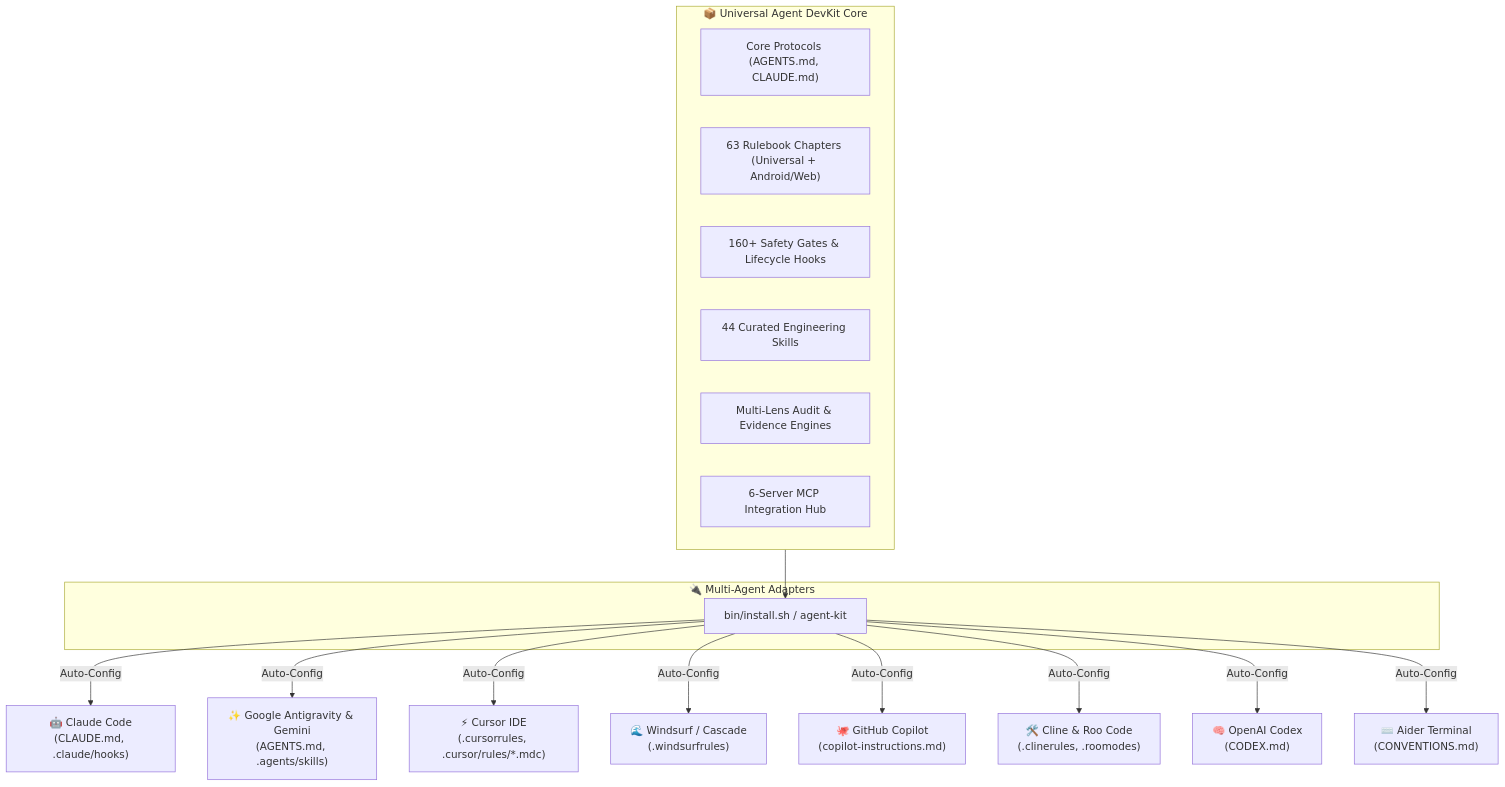
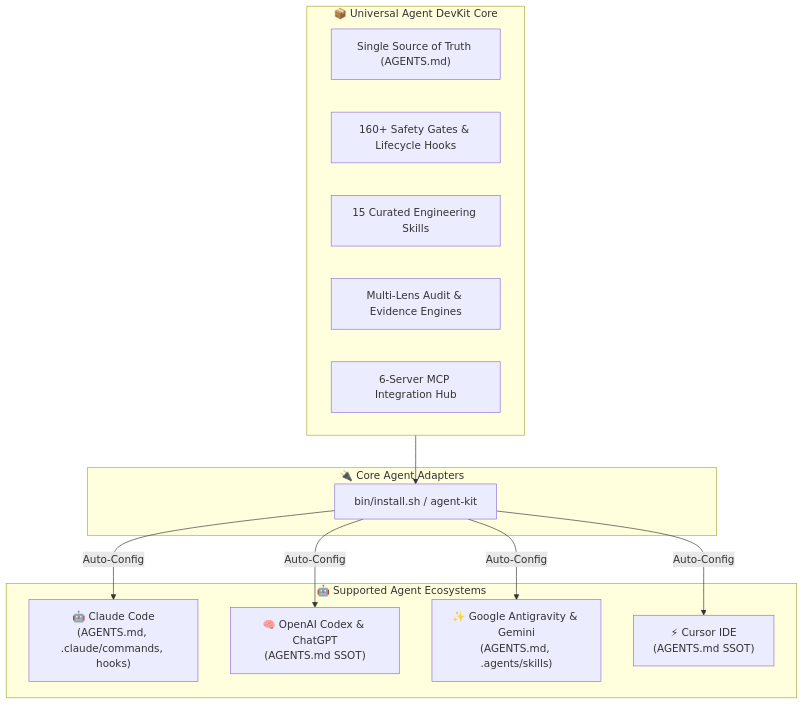
One commit to ToanMobile/universal-agent-devkit changed the diagram in README.md. Above: the diagram before and after it, drawn with Mermaid. The commit also changed other lines of this file and 654 other files, not shown here.

Commit message:
feat: tích hợp 50 audit agents, bộ chuyển đổi 3 profiles động (xe hơi, android, game) và open-code-review v1.12.9

````diff
--- a/README.md
+++ b/README.md
@@ -95,26 +82,28 @@
 ```mermaid
 graph TD
     subgraph DevKit_Core ["📦 Universal Agent DevKit Core"]
-        CoreRules["Core Protocols (AGENTS.md, CLAUDE.md)"]
-        Rulebook["63 Rulebook Chapters (Universal + Android/Web)"]
+        Rulebook["Single Source of Truth (AGENTS.md)"]
         Gates["160+ Safety Gates & Lifecycle Hooks"]
-        SkillsCatalog["44 Curated Engineering Skills"]
+        SkillsCatalog["15 Curated Engineering Skills"]
         Workflows["Multi-Lens Audit & Evidence Engines"]
         MCPHub["6-Server MCP Integration Hub"]
     end
 
-    subgraph Adapters ["🔌 Multi-Agent Adapters"]
+    subgraph Adapters ["🔌 Core Agent Adapters"]
         Installer["bin/install.sh / agent-kit"]
     end
 
+    subgraph Coding_Agents ["🤖 Supported Agent Ecosystems"]
+        Claude["🤖 Claude Code<br/>(AGENTS.md, .claude/commands, hooks)"]
+        Codex["🧠 OpenAI Codex & ChatGPT<br/>(AGENTS.md SSOT)"]
+        Gemini["✨ Google Antigravity & Gemini<br/>(AGENTS.md, .agents/skills)"]
+        Cursor["⚡ Cursor IDE<br/>(AGENTS.md SSOT)"]
+    end
+
+    Installer -->|Auto-Config| Claude
+    Installer -->|Auto-Config| Codex
+    Installer -->|Auto-Config| Gemini
+    Installer -->|Auto-Config| Cursor
+
     DevKit_Core --> Installer
-
-    Installer -->|Auto-Config| Claude["🤖 Claude Code<br/>(CLAUDE.md, .claude/hooks)"]
-    Installer -->|Auto-Config| Gemini["✨ Google Antigravity & Gemini<br/>(AGENTS.md, .agents/skills)"]
-    Installer -->|Auto-Config| Cursor["⚡ Cursor IDE<br/>(.cursorrules, .cursor/rules/*.mdc)"]
-    Installer -->|Auto-Config| Windsurf["🌊 Windsurf / Cascade<br/>(.windsurfrules)"]
-    Installer -->|Auto-Config| Copilot["🐙 GitHub Copilot<br/>(copilot-instructions.md)"]
-    Installer -->|Auto-Config| Cline["🛠️ Cline & Roo Code<br/>(.clinerules, .roomodes)"]
-    Installer -->|Auto-Config| Codex["🧠 OpenAI Codex<br/>(CODEX.md)"]
-    Installer -->|Auto-Config| Aider["⌨️ Aider Terminal<br/>(CONVENTIONS.md)"]
 ```
````
